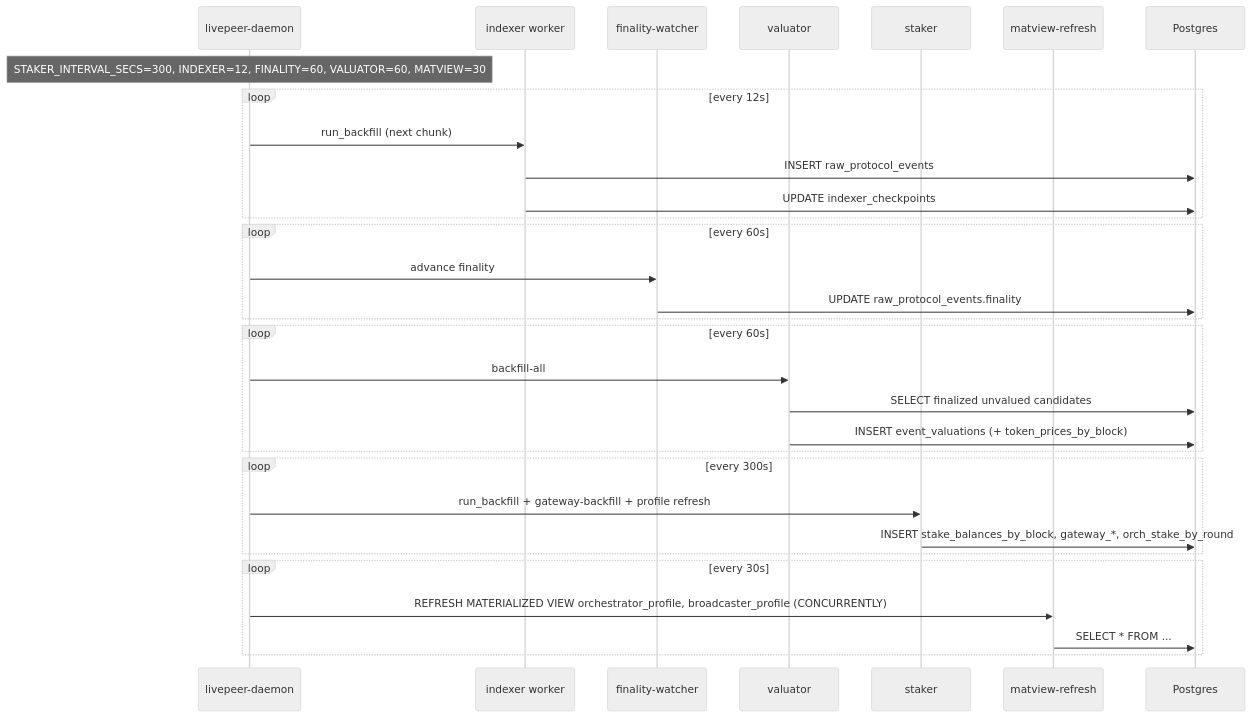
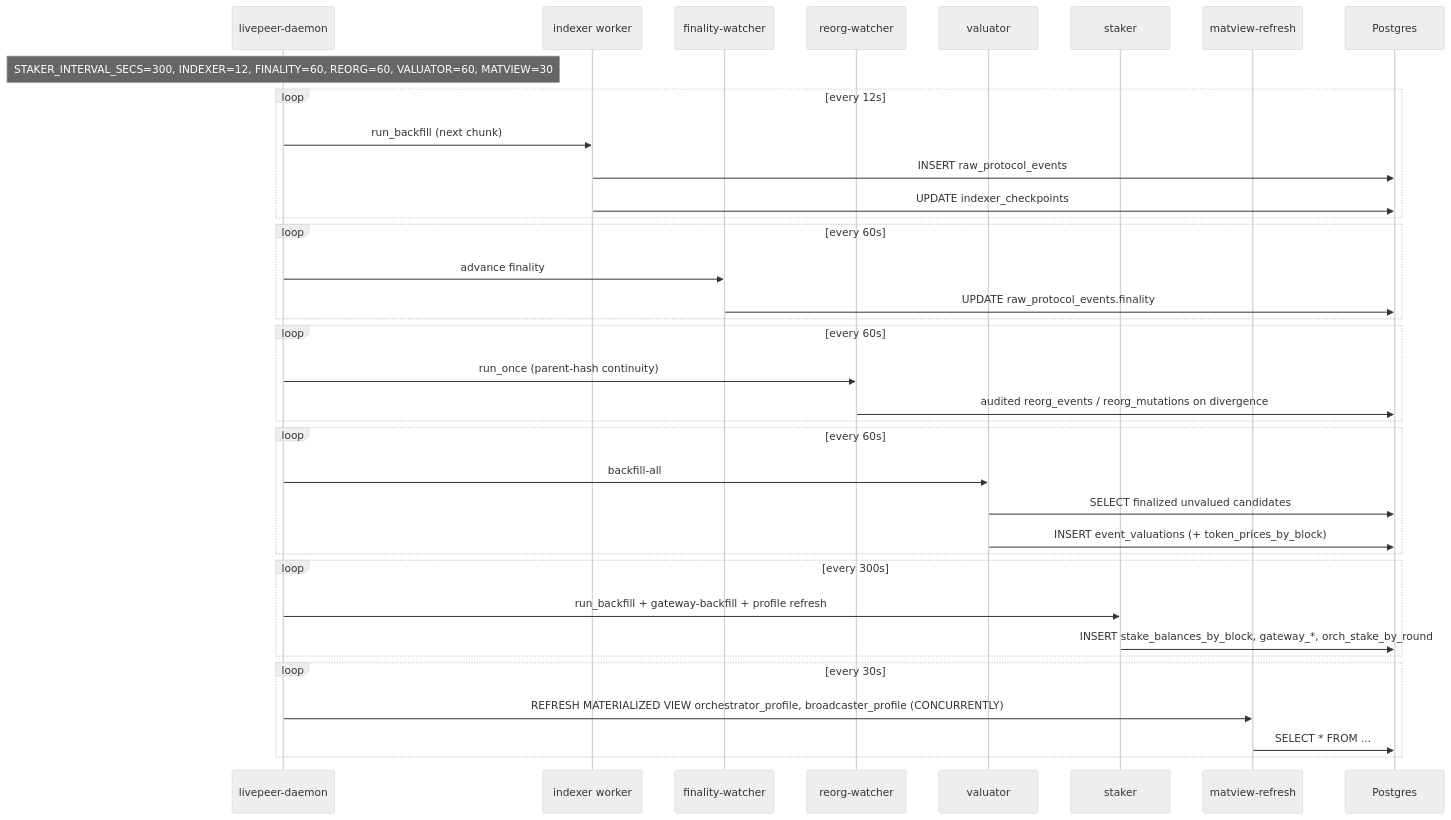
The third of 11 diagrams in docs/ARCHITECTURE.md (Cloud-SPE/livepeer-protocol-explorer), drawn with Mermaid (neutral theme) before and after one commit. The commit also changed other lines of this file and 11 other files, not shown here.

````diff
--- a/docs/ARCHITECTURE.md
+++ b/docs/ARCHITECTURE.md
@@ -166,39 +170,45 @@
 ```mermaid
 sequenceDiagram
   participant Sup as livepeer-daemon
   participant Idx as indexer worker
   participant Fin as finality-watcher
+  participant Reo as reorg-watcher
   participant Val as valuator
   participant Stk as staker
   participant Mv  as matview-refresh
   participant DB  as Postgres
 
-  Note over Sup: STAKER_INTERVAL_SECS=300, INDEXER=12, FINALITY=60, VALUATOR=60, MATVIEW=30
+  Note over Sup: STAKER_INTERVAL_SECS=300, INDEXER=12, FINALITY=60, REORG=60, VALUATOR=60, MATVIEW=30
 
   loop every 12s
     Sup->>Idx: run_backfill (next chunk)
     Idx->>DB: INSERT raw_protocol_events
     Idx->>DB: UPDATE indexer_checkpoints
   end
 
   loop every 60s
     Sup->>Fin: advance finality
     Fin->>DB: UPDATE raw_protocol_events.finality
+  end
+
+  loop every 60s
+    Sup->>Reo: run_once (parent-hash continuity)
+    Reo->>DB: audited reorg_events / reorg_mutations on divergence
   end
 
   loop every 60s
     Sup->>Val: backfill-all
     Val->>DB: SELECT finalized unvalued candidates
     Val->>DB: INSERT event_valuations (+ token_prices_by_block)
   end
 
   loop every 300s
     Sup->>Stk: run_backfill + gateway-backfill + profile refresh
     Stk->>DB: INSERT stake_balances_by_block, gateway_*, orch_stake_by_round
   end
 
   loop every 30s
     Sup->>Mv: REFRESH MATERIALIZED VIEW orchestrator_profile, broadcaster_profile (CONCURRENTLY)
     Mv->>DB: SELECT * FROM ...
   end
 ```
````
